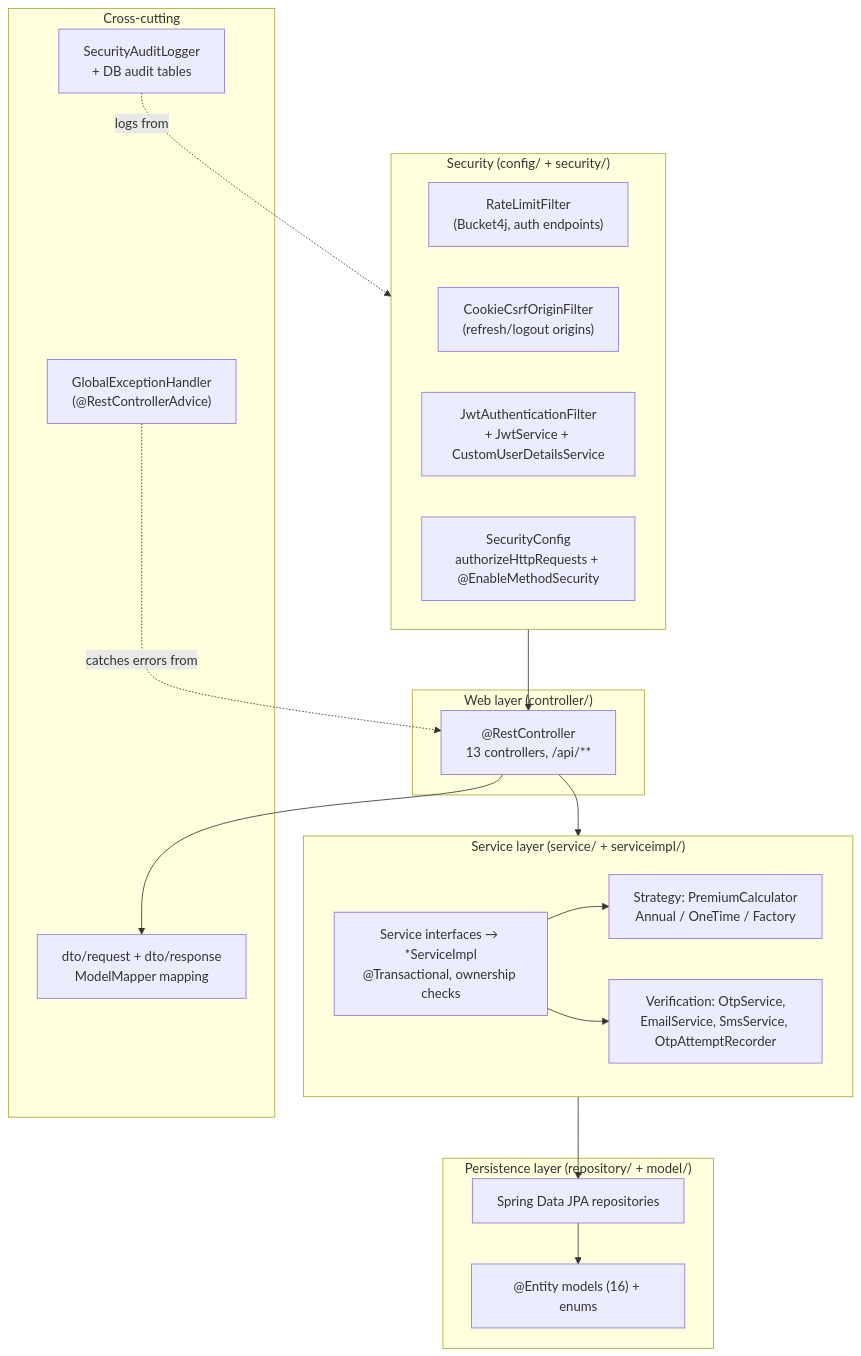
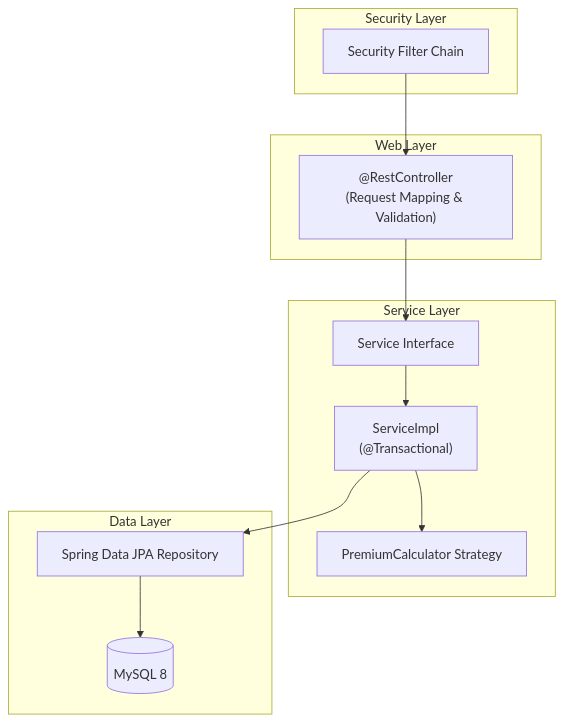
Before and after one commit to Gurry-12/insurance-policy-claim-capstone-project: the second of 3 diagrams in docs/01_System_Architecture/Backend_Architecture.md, drawn with Mermaid. The commit also changed other lines of this file and 86 other files, not shown here.

````diff
--- a/docs/01_System_Architecture/Backend_Architecture.md
+++ b/docs/01_System_Architecture/Backend_Architecture.md
@@ -21,40 +43,28 @@
 ```mermaid
 flowchart TB
-    subgraph WEB["Web layer (controller/)"]
-        CTRL["@RestController<br/>13 controllers, /api/**"]
+    subgraph Web Layer
+        CTRL["@RestController<br/>(Request Mapping & Validation)"]
+    end
+    
+    subgraph Security Layer
+        FILTERS["Security Filter Chain"]
     end
 
-    subgraph SEC["Security (config/ + security/)"]
-        RL["RateLimitFilter<br/>(Bucket4j, auth endpoints)"]
-        OR["CookieCsrfOriginFilter<br/>(refresh/logout origins)"]
-        JWT["JwtAuthenticationFilter<br/>+ JwtService + CustomUserDetailsService"]
-        RBAC["SecurityConfig<br/>authorizeHttpRequests + @EnableMethodSecurity"]
+    subgraph Service Layer
+        SVC_INT["Service Interface"]
+        SVC_IMPL["ServiceImpl<br/>(@Transactional)"]
+        STRATEGY["PremiumCalculator Strategy"]
     end
 
-    subgraph BIZ["Service layer (service/ + serviceimpl/)"]
-        SVC["Service interfaces → *ServiceImpl<br/>@Transactional, ownership checks"]
-        ST["Strategy: PremiumCalculator<br/>Annual / OneTime / Factory"]
-        VER["Verification: OtpService,<br/>EmailService, SmsService, OtpAttemptRecorder"]
+    subgraph Data Layer
+        REPO["Spring Data JPA Repository"]
+        DB[(MySQL 8)]
     end
 
-    subgraph DATA["Persistence layer (repository/ + model/)"]
-        REPO["Spring Data JPA repositories"]
-        ENT["@Entity models (16) + enums"]
-    end
-
-    subgraph CROSS["Cross-cutting"]
-        EX["GlobalExceptionHandler<br/>(@RestControllerAdvice)"]
-        DTO["dto/request + dto/response<br/>ModelMapper mapping"]
-        AUD["SecurityAuditLogger<br/>+ DB audit tables"]
-    end
-
-    CTRL --> BIZ
-    BIZ --> REPO
-    REPO --> ENT
-    CTRL --> DTO
-    SVC --> ST
-    SVC --> VER
-    SEC --> CTRL
-    EX -. catches errors from .-> CTRL
-    AUD -. logs from .-> SEC
+    FILTERS --> CTRL
+    CTRL --> SVC_INT
+    SVC_INT --> SVC_IMPL
+    SVC_IMPL --> STRATEGY
+    SVC_IMPL --> REPO
+    REPO --> DB
 ```
````
